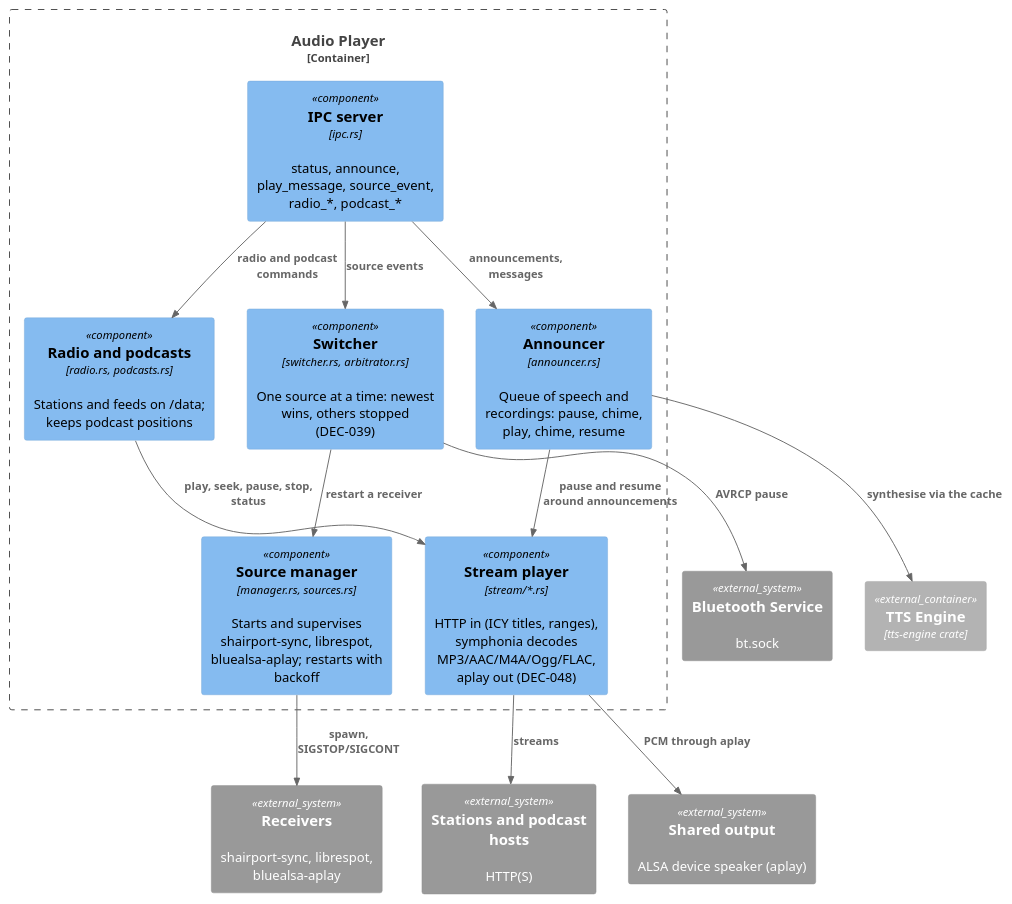
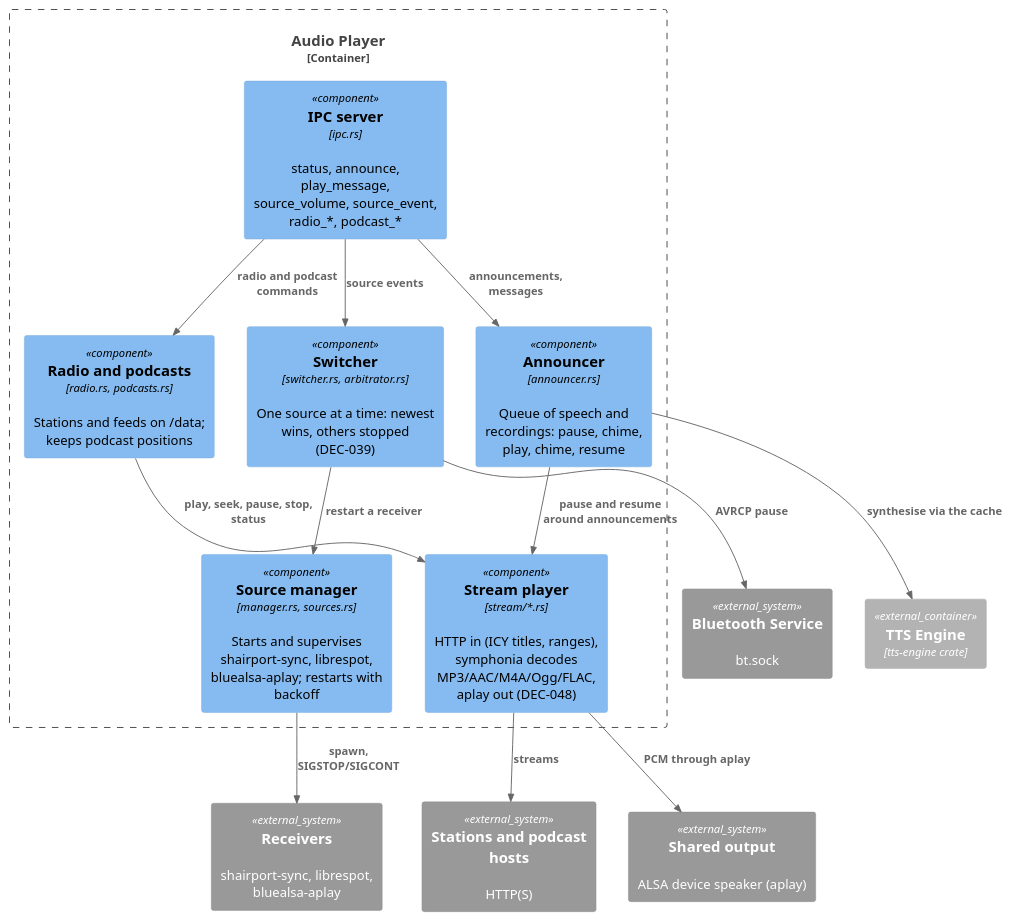
The second of 2 diagrams in docs/source/architecture/audio-player/index.rst (LydByDissing/kids-desktop-speaker), drawn with PlantUML before and after one commit. The commit also changed 25 other files, not shown here.

```diff
--- a/docs/source/architecture/audio-player/index.rst
+++ b/docs/source/architecture/audio-player/index.rst
@@ -283,32 +283,32 @@
 .. plantuml::
    :caption: Components — Audio Player
 
    @startuml
    !include ../../c4/C4_Component.puml
    LAYOUT_TOP_DOWN()
 
    Container_Boundary(ap, "Audio Player") {
        Component(mgr, "Source manager", "manager.rs, sources.rs", "Starts and supervises shairport-sync, librespot, bluealsa-aplay; restarts with backoff")
        Component(switch, "Switcher", "switcher.rs, arbitrator.rs", "One source at a time: newest wins, others stopped (DEC-039)")
        Component(ann, "Announcer", "announcer.rs", "Queue of speech and recordings: pause, chime, play, chime, resume")
        Component(radio, "Radio and podcasts", "radio.rs, podcasts.rs", "Stations and feeds on /data; keeps podcast positions")
        Component(player, "Stream player", "stream/*.rs", "HTTP in (ICY titles, ranges), symphonia decodes MP3/AAC/M4A/Ogg/FLAC, aplay out (DEC-048)")
-       Component(ipcs, "IPC server", "ipc.rs", "status, announce, play_message, source_event, radio_*, podcast_*")
+       Component(ipcs, "IPC server", "ipc.rs", "status, announce, play_message, source_volume, source_event, radio_*, podcast_*")
    }
    Container_Ext(tts, "TTS Engine", "tts-engine crate")
    System_Ext(net, "Stations and podcast hosts", "HTTP(S)")
    System_Ext(alsa, "Shared output", "ALSA device speaker (aplay)")
    System_Ext(rx, "Receivers", "shairport-sync, librespot, bluealsa-aplay")
    System_Ext(bt, "Bluetooth Service", "bt.sock")
    Rel(ipcs, switch, "source events")
    Rel(ipcs, ann, "announcements, messages")
    Rel(ipcs, radio, "radio and podcast commands")
    Rel(switch, mgr, "restart a receiver")
    Rel(switch, bt, "AVRCP pause")
    Rel(ann, tts, "synthesise via the cache")
    Rel(mgr, rx, "spawn, SIGSTOP/SIGCONT")
    Rel(radio, player, "play, seek, pause, stop, status")
    Rel(ann, player, "pause and resume around announcements")
    Rel(player, net, "streams")
    Rel(player, alsa, "PCM through aplay")
    @enduml
```
